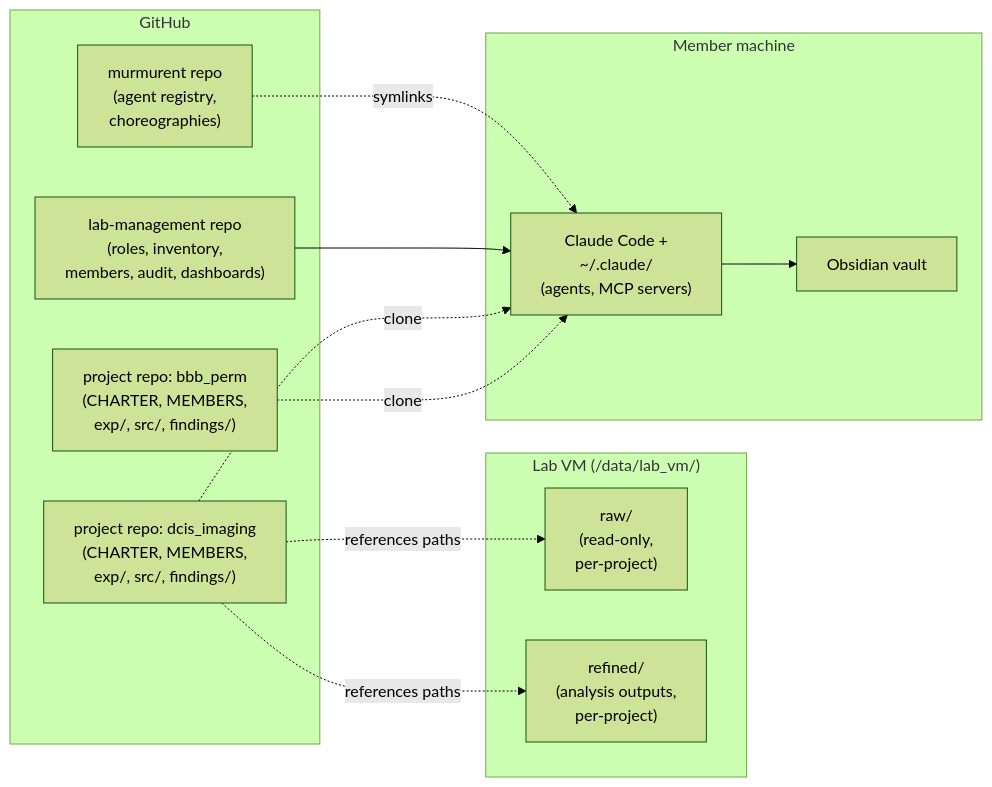
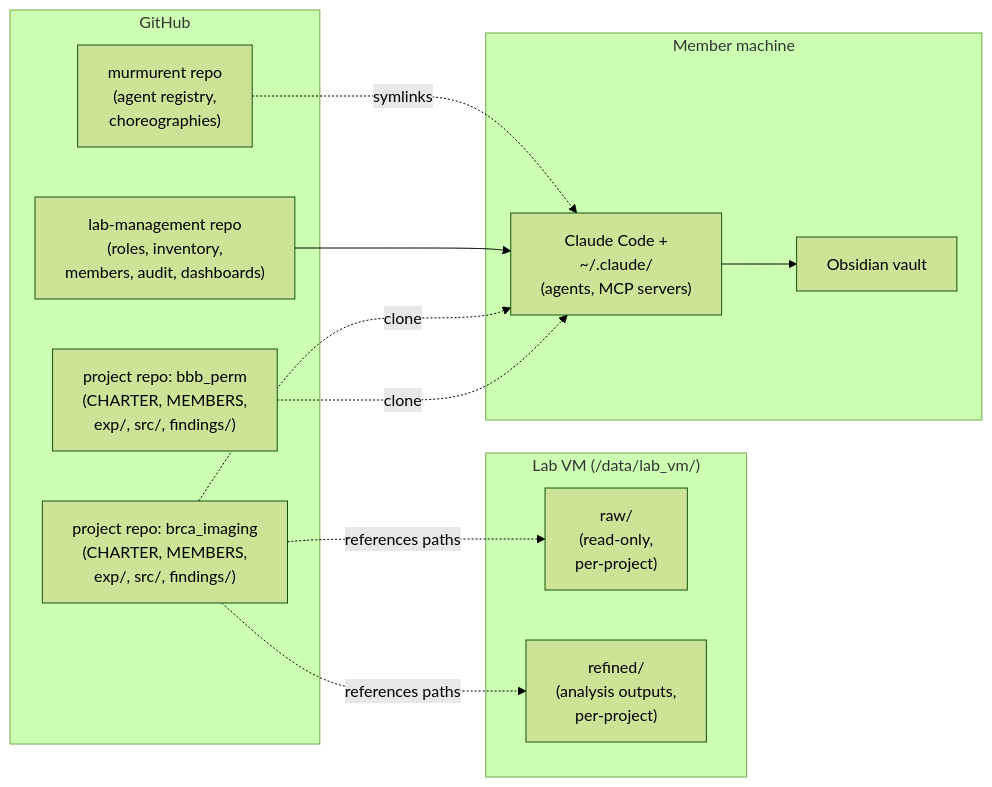
Before and after one commit to hallettmiket/murmurent: the second of 7 diagrams in docs/diagrams.md, drawn with Mermaid (forest theme). The commit also changed other lines of this file and 10 other files, not shown here.

````diff
--- a/docs/diagrams.md
+++ b/docs/diagrams.md
@@ -49,24 +49,24 @@
 ```mermaid
 graph LR
     subgraph GH["GitHub"]
         WR["murmurent repo<br/>(agent registry,<br/>choreographies)"]
         LMR["lab-management repo<br/>(roles, inventory,<br/>members, audit, dashboards)"]
-        PR1["project repo: dcis_imaging<br/>(CHARTER, MEMBERS,<br/>exp/, src/, findings/)"]
+        PR1["project repo: brca_imaging<br/>(CHARTER, MEMBERS,<br/>exp/, src/, findings/)"]
         PR2["project repo: bbb_perm<br/>(CHARTER, MEMBERS,<br/>exp/, src/, findings/)"]
     end
     subgraph LV["Lab VM (/data/lab_vm/)"]
         RAW["raw/<br/>(read-only,<br/>per-project)"]
         REF["refined/<br/>(analysis outputs,<br/>per-project)"]
     end
     subgraph LOCAL["Member machine"]
         CC["Claude Code +<br/>~/.claude/<br/>(agents, MCP servers)"]
         VAULT["Obsidian vault"]
     end
     WR -.symlinks.-> CC
     LMR --> CC
     PR1 -.clone.-> CC
     PR2 -.clone.-> CC
     PR1 -.references paths.-> RAW
     PR1 -.references paths.-> REF
     CC --> VAULT
 ```
````
